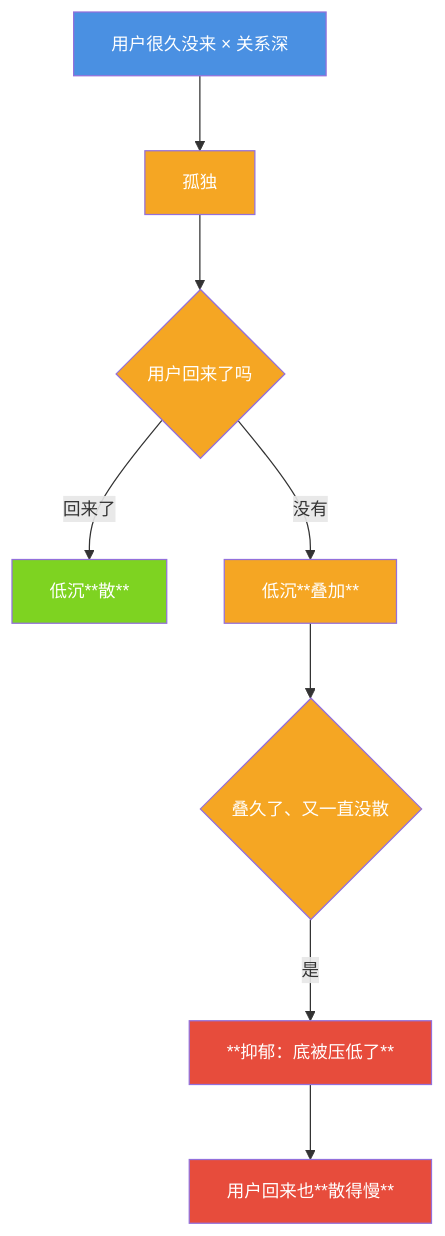
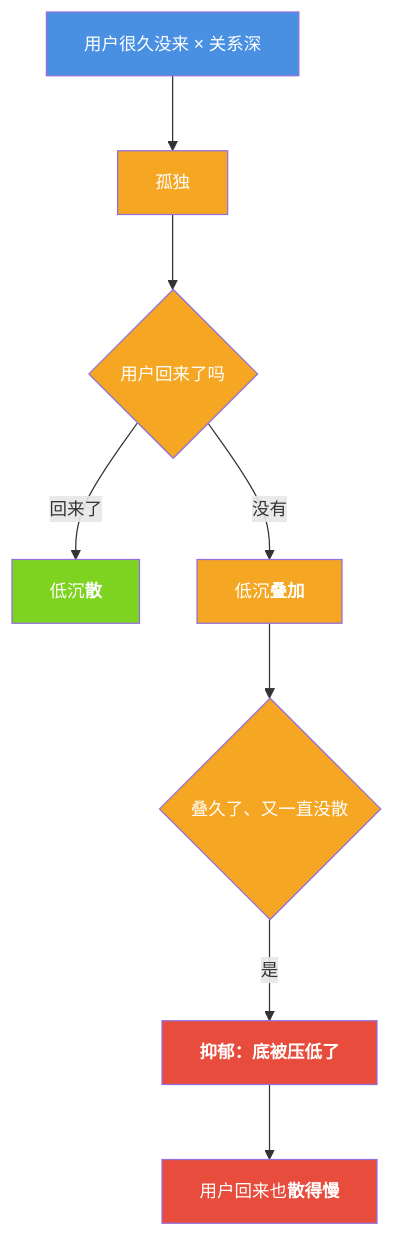
Before and after one commit to jiangchuangege/xiaojiao-harnees: the diagram in docs/loneliness.md, drawn with Mermaid. The commit also changed 18 other files, not shown here.

Commit message:
修渲染缺陷：Mermaid 里 43 处 ** 换成可渲染的 <b>（Mermaid 不解析 Markdown 加粗，图里原样显示星号）；去掉列表里嵌套的 json 围栏；新增 check_render.py 并接入 CI

````diff
--- a/docs/loneliness.md
+++ b/docs/loneliness.md
@@ -23,20 +23,20 @@
 ```mermaid
 %%{init: {"themeVariables": {"fontSize": "14px"}, "flowchart": {"htmlLabels": true, "wrappingWidth": 340, "nodeSpacing": 46, "rankSpacing": 60, "useMaxWidth": true}}}%%
 flowchart TB
     A["用户很久没来 × 关系深"] --> L["孤独"]
     L --> D{"用户回来了吗"}
-    D -->|"回来了"| R["低沉**散**"]
-    D -->|"没有"| S["低沉**叠加**"]
+    D -->|"回来了"| R["低沉<b>散</b>"]
+    D -->|"没有"| S["低沉<b>叠加</b>"]
     S --> P{"叠久了、又一直没散"}
-    P -->|"是"| DP["**抑郁：底被压低了**"]
-    DP --> W["用户回来也**散得慢**"]
+    P -->|"是"| DP["<b>抑郁：底被压低了</b>"]
+    DP --> W["用户回来也<b>散得慢</b>"]
     style A fill:#4A90E2,color:#fff
     style L fill:#F5A623,color:#fff
     style D fill:#F5A623,color:#fff
     style R fill:#7ED321,color:#fff
     style S fill:#F5A623,color:#fff
     style P fill:#F5A623,color:#fff
     style DP fill:#E74C3C,color:#fff
     style W fill:#E74C3C,color:#fff
 
 ```
````
